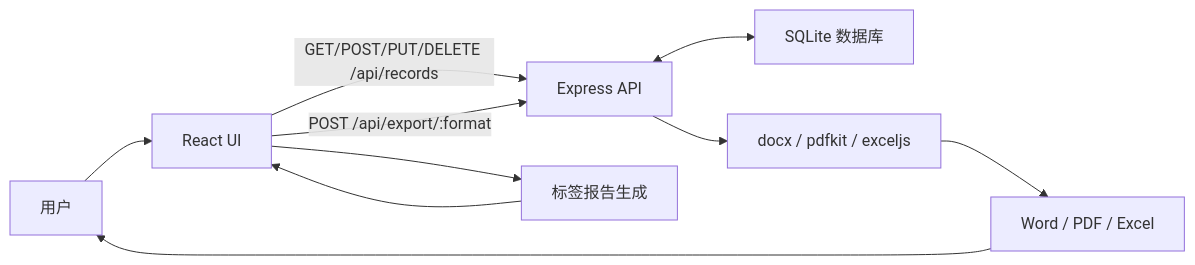
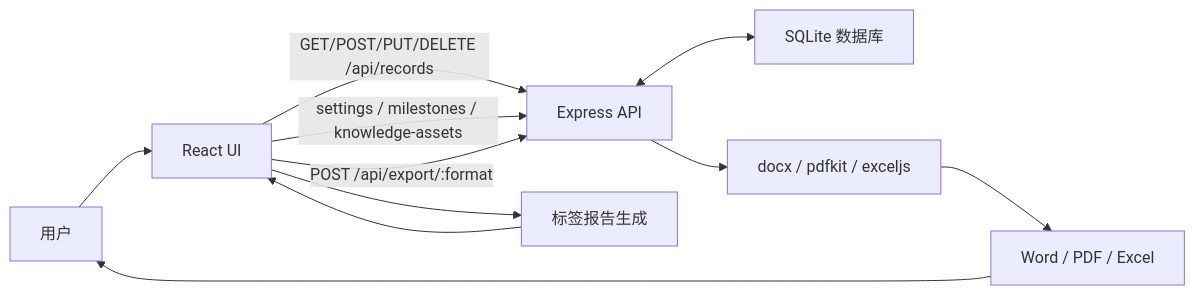
The diagram in PROJECT_ARCHITECTURE.md (smile-yc/Trace), drawn with Mermaid before and after one commit. The commit also changed other lines of this file and 28 other files, not shown here.

````diff
--- a/PROJECT_ARCHITECTURE.md
+++ b/PROJECT_ARCHITECTURE.md
@@ -70,20 +76,21 @@
 ```mermaid
 flowchart LR
   User["用户"]
   UI["React UI"]
   API["Express API"]
   DB["SQLite 数据库"]
   Report["标签报告生成"]
   Exporters["docx / pdfkit / exceljs"]
   Files["Word / PDF / Excel"]
 
   User --> UI
   UI -->|GET/POST/PUT/DELETE /api/records| API
+  UI -->|settings / milestones / knowledge-assets| API
   API <--> DB
   UI --> Report
   Report --> UI
   UI -->|POST /api/export/:format| API
   API --> Exporters
   Exporters --> Files
   Files --> User
 ```
````
